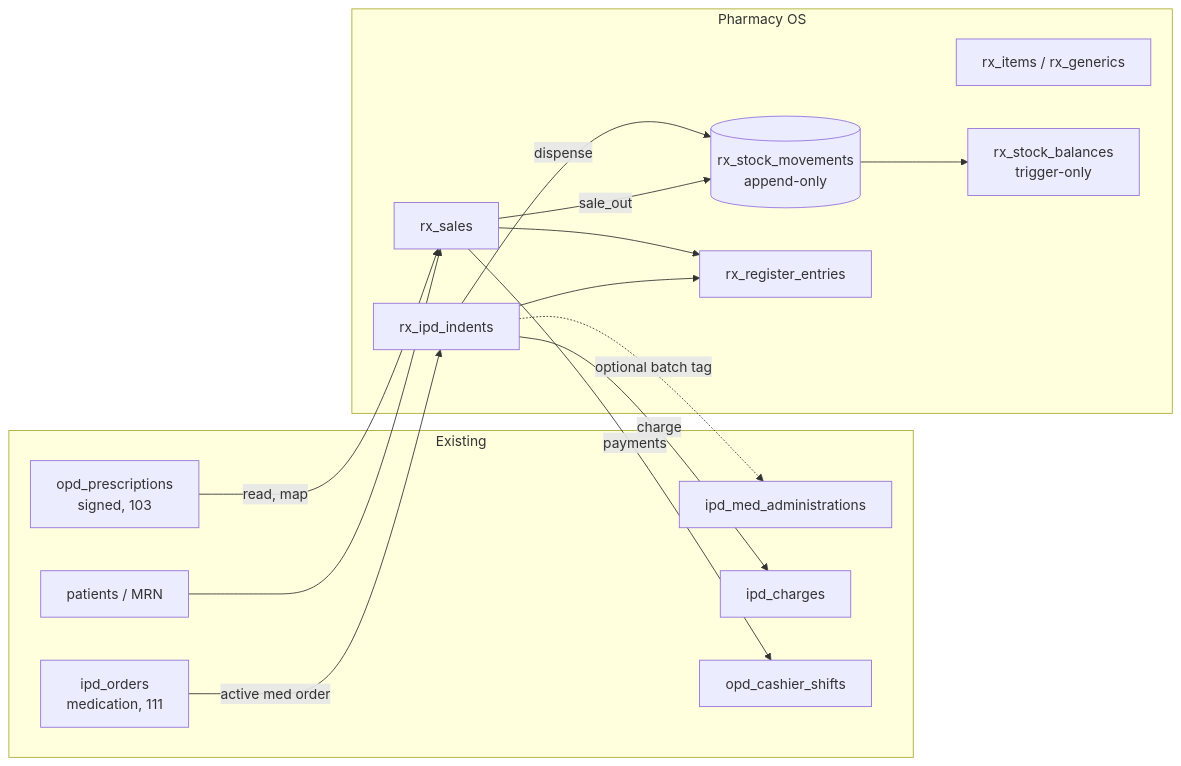
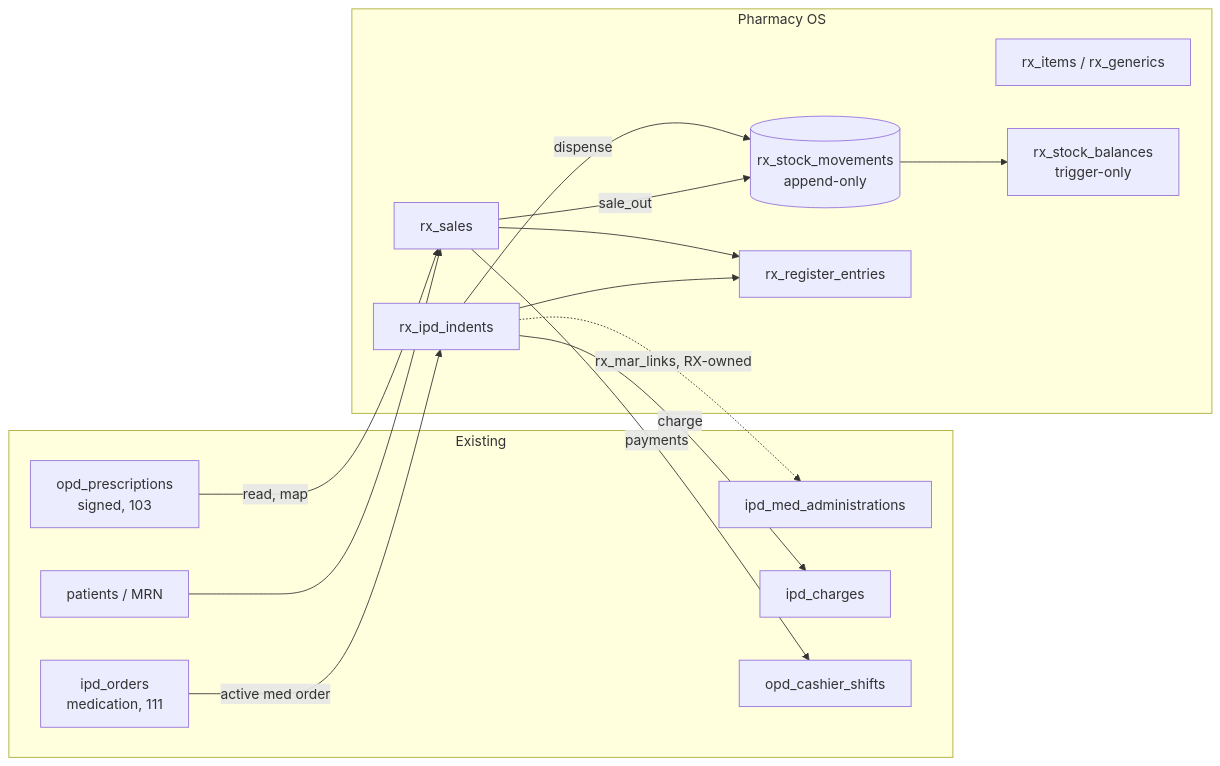
Before and after one commit to zuko14/medassist-AI: the first of 5 diagrams in docs/pharmacy-os/ARCHITECTURE.md, drawn with Mermaid. The commit also changed other lines of this file and 15 other files, not shown here.

````diff
--- a/docs/pharmacy-os/ARCHITECTURE.md
+++ b/docs/pharmacy-os/ARCHITECTURE.md
@@ -12,30 +12,30 @@
 ```mermaid
 flowchart LR
   subgraph Existing
     OPDRx[opd_prescriptions<br/>signed, 103]
     IPDOrd[ipd_orders<br/>medication, 111]
     MAR[ipd_med_administrations]
     Chg[ipd_charges]
     Shift[opd_cashier_shifts]
     Pat[patients / MRN]
   end
   subgraph RX[Pharmacy OS]
     Cat[rx_items / rx_generics]
     Led[(rx_stock_movements<br/>append-only)]
     Bal[rx_stock_balances<br/>trigger-only]
     POS[rx_sales]
     Ind[rx_ipd_indents]
     Reg[rx_register_entries]
   end
   OPDRx -->|read, map| POS
   IPDOrd -->|active med order| Ind
   Ind -->|dispense| Led
   POS -->|sale_out| Led
   Led --> Bal
   Ind -->|charge| Chg
   POS -->|payments| Shift
-  Ind -.->|optional batch tag| MAR
+  Ind -.->|rx_mar_links, RX-owned| MAR
   POS --> Reg
   Ind --> Reg
   Pat --> POS
 ```
````
